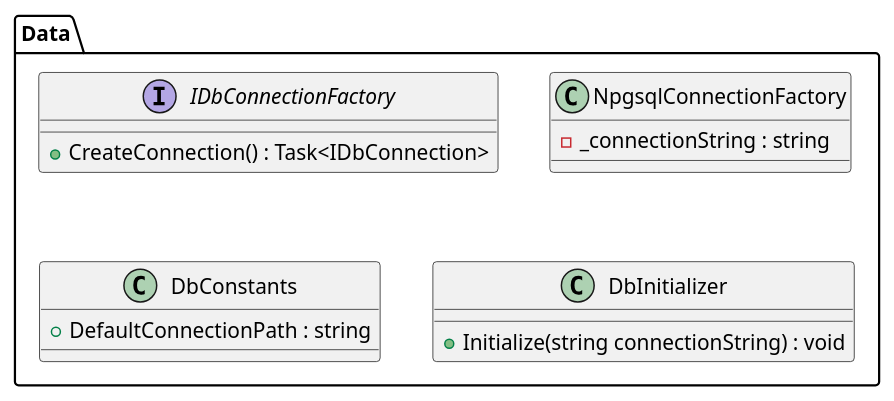
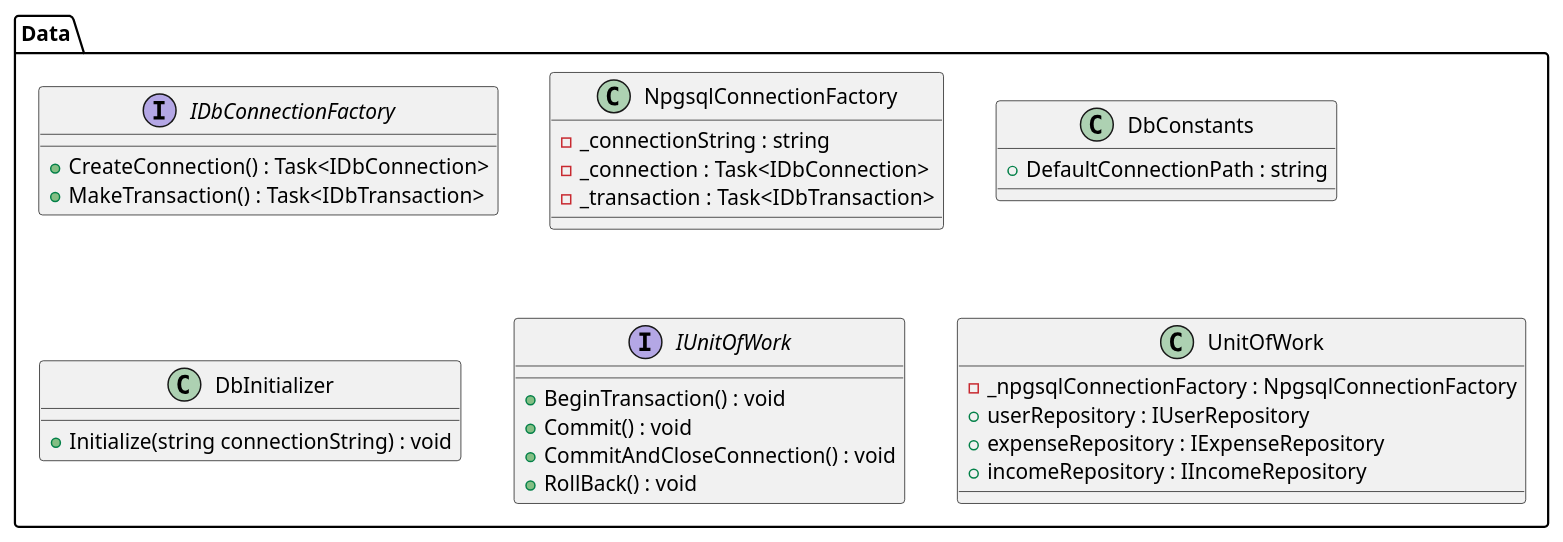
Before and after one commit to programacion-6/ExpenseTrackerGrupo2: the diagram in docs/uml/data.puml, drawn with PlantUML. The commit also changed 1 other file, not shown here.

Commit message:
docs: apply `Unit of Work` design pattern; update database relationships

```diff
--- a/docs/uml/data.puml
+++ b/docs/uml/data.puml
@@ -1,21 +1,38 @@
 @startuml Relational Database
 
 package "Data" {
     interface IDbConnectionFactory {
         + CreateConnection() : Task<IDbConnection>
+        + MakeTransaction() : Task<IDbTransaction>
     }
 
     class NpgsqlConnectionFactory {
         - _connectionString : string
+        - _connection : Task<IDbConnection>
+        - _transaction : Task<IDbTransaction>
     }
 
     class DbConstants {
         + DefaultConnectionPath : string
     }
 
     class DbInitializer {
         + Initialize(string connectionString) : void
     }
+
+    interface IUnitOfWork {
+        + BeginTransaction() : void
+        + Commit() : void
+        + CommitAndCloseConnection() : void
+        + RollBack() : void
+    }
+
+    class UnitOfWork {
+        - _npgsqlConnectionFactory : NpgsqlConnectionFactory
+        + userRepository : IUserRepository
+        + expenseRepository : IExpenseRepository
+        + incomeRepository : IIncomeRepository
+    }
 }
 
 @enduml
```
